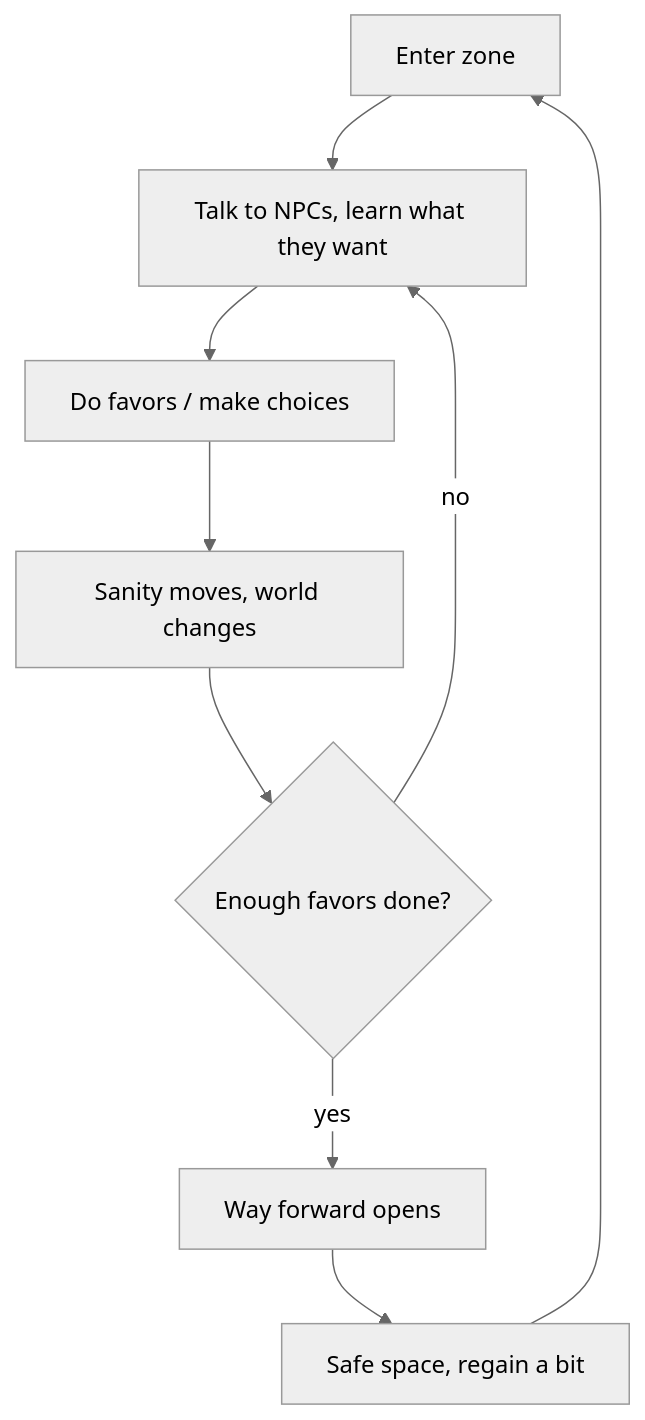
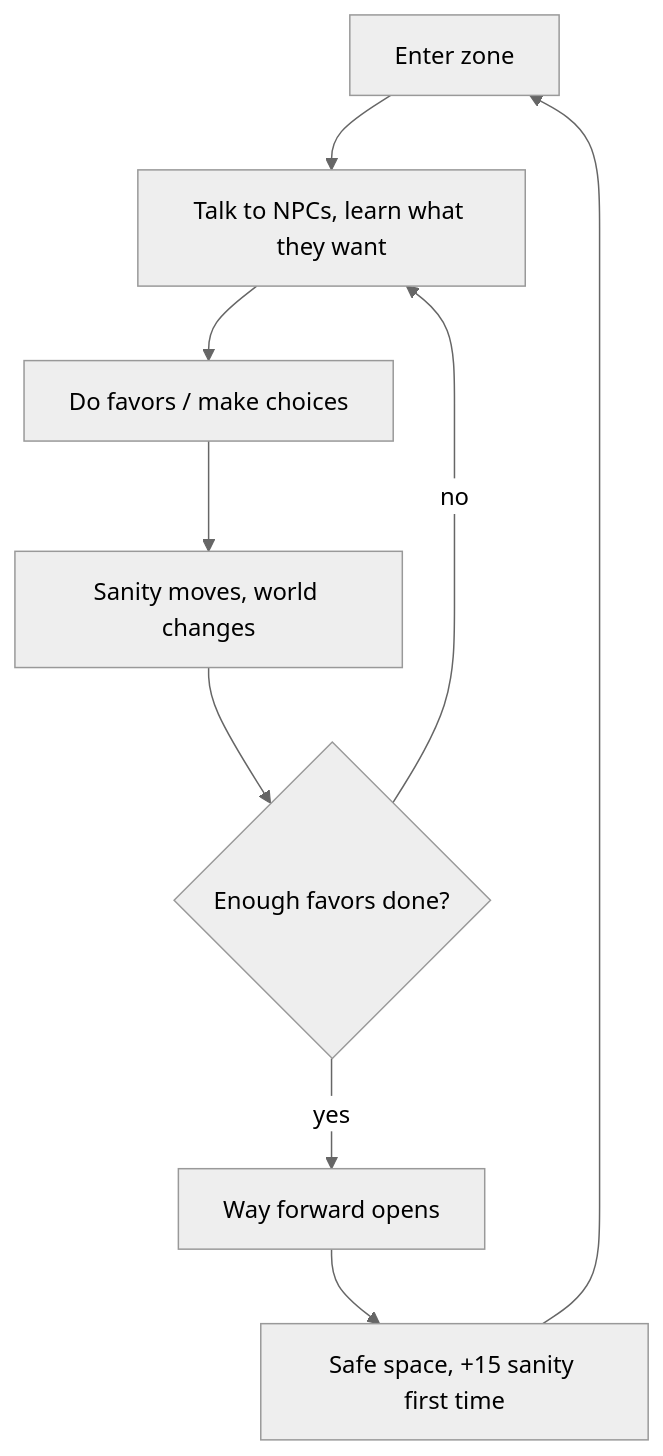
The first of 2 diagrams in content/long term celcit pixie horror game/GDD.md (sintutiers/nexus), drawn with Mermaid (neutral theme) before and after one commit. The commit also changed other lines of this file and 1 other file, not shown here.

````diff
--- a/content/long term celcit pixie horror game/GDD.md
+++ b/content/long term celcit pixie horror game/GDD.md
@@ -126,11 +120,11 @@
 ```mermaid
 flowchart TD
 	A[Enter zone] --> B[Talk to NPCs, learn what they want]
 	B --> C[Do favors / make choices]
 	C --> D[Sanity moves, world changes]
 	D --> E{Enough favors done?}
 	E -- no --> B
 	E -- yes --> F[Way forward opens]
-	F --> G[Safe space, regain a bit]
+	F --> G[Safe space, +15 sanity first time]
 	G --> A
 ```
````
